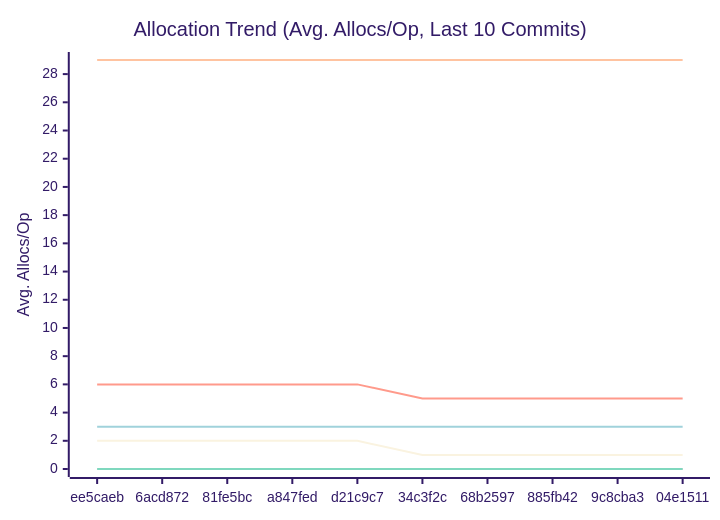
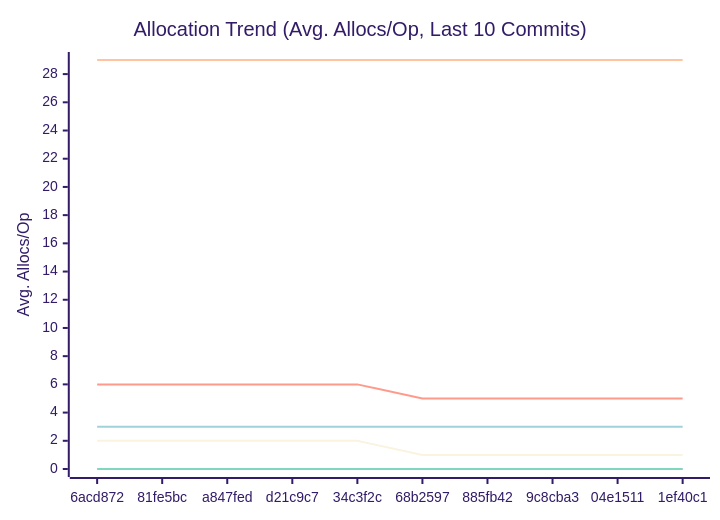
One commit to alsotoes/momo changed the third of 3 diagrams in docs/PERFORMANCE.md. Above: the diagram before and after it, drawn with Mermaid (forest theme). The commit also changed other lines of this file and 2 other files, not shown here.

````diff
--- a/docs/PERFORMANCE.md
+++ b/docs/PERFORMANCE.md
@@ -114,16 +114,16 @@
 ```mermaid
 xychart-beta
     title "Allocation Trend (Avg. Allocs/Op, Last 10 Commits)"
     x-axis "Commit"
     y-axis "Avg. Allocs/Op"
-    x-axis [ee5caeb,6acd872,81fe5bc,a847fed,d21c9c7,34c3f2c,68b2597,885fb42,9c8cba3,04e1511]
+    x-axis [6acd872,81fe5bc,a847fed,d21c9c7,34c3f2c,68b2597,885fb42,9c8cba3,04e1511,1ef40c1]
     line "CheckMetricsAndSwap" [0,0,0,0,0,0,0,0,0,0]
     line "CrushOptimized" [0,0,0,0,0,0,0,0,0,0]
     line "CrushOriginal" [3,3,3,3,3,3,3,3,3,3]
     line "IndexDirectTracking" [0,0,0,0,0,0,0,0,0,0]
     line "IndexSearch" [0,0,0,0,0,0,0,0,0,0]
     line "LoadGlobalConfig" [29,29,29,29,29,29,29,29,29,29]
     line "PadString" [0,0,0,0,0,0,0,0,0,0]
     line "ParseReplicationOrder_NoPrealloc" [6,6,6,6,6,5,5,5,5,5]
     line "ParseReplicationOrder_Prealloc" [2,2,2,2,2,1,1,1,1,1]
 ```
````
